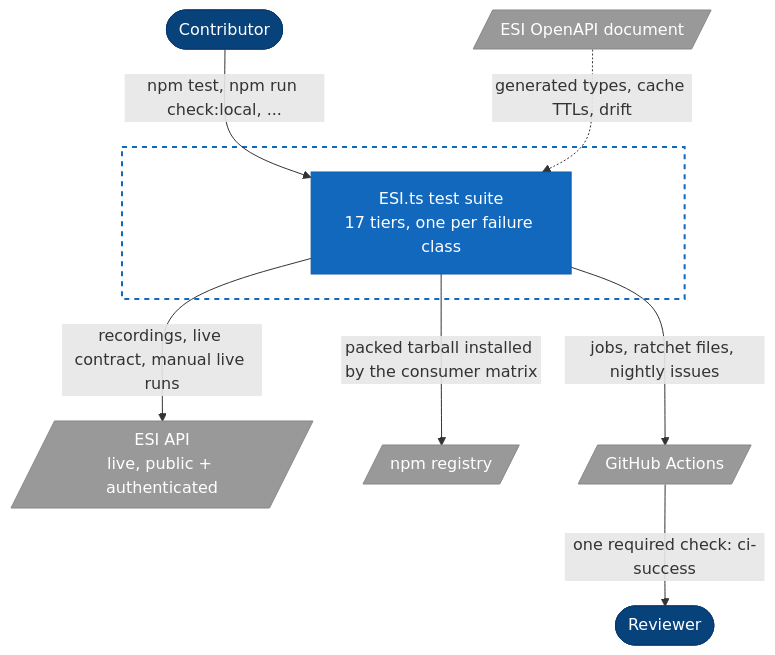
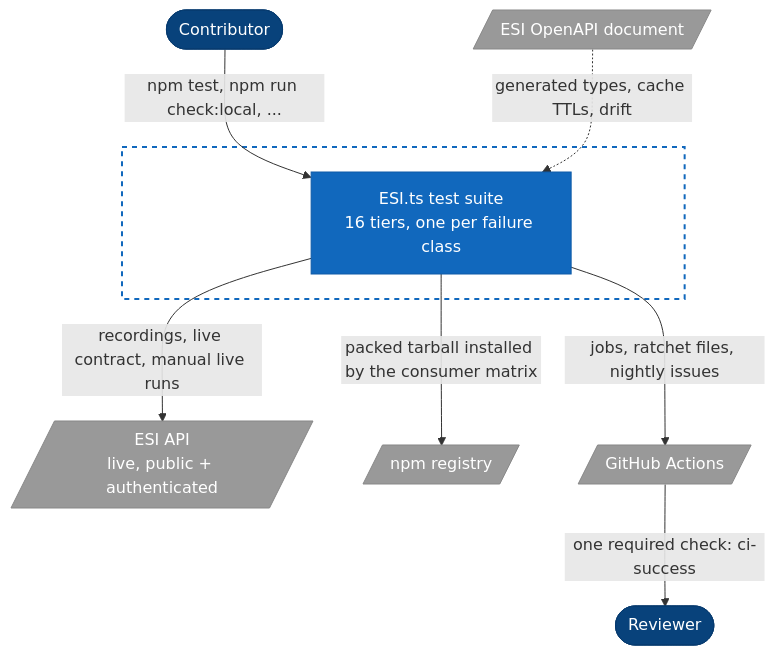
The first of 3 diagrams in guides/TESTING.md (lgriffin/ESI.ts), drawn with Mermaid before and after one commit. The commit also changed other lines of this file and 12 other files, not shown here.

First line of the commit message:
ci: remove the Schemathesis tier; live health fails when unconfigured (#773)

````diff
--- a/guides/TESTING.md
+++ b/guides/TESTING.md
@@ -106,30 +105,30 @@
 ```mermaid
 flowchart TB
     contributor(["Contributor"])
     reviewer(["Reviewer"])
 
     subgraph boundary [" "]
-        suite["ESI.ts test suite<br/>17 tiers, one per failure class"]
+        suite["ESI.ts test suite<br/>16 tiers, one per failure class"]
     end
 
     esi[/"ESI API<br/>live, public + authenticated"/]
     spec[/"ESI OpenAPI document"/]
     registry[/"npm registry"/]
     actions[/"GitHub Actions"/]
 
     contributor -- "npm test, npm run check:local, ..." --> suite
     suite -- "recordings, live contract, manual live runs" --> esi
     spec -. "generated types, cache TTLs, drift" .-> suite
     suite -- "packed tarball installed by the consumer matrix" --> registry
     suite -- "jobs, ratchet files, nightly issues" --> actions
     actions -- "one required check: ci-success" --> reviewer
 
     style contributor fill:#08427b,color:#fff,stroke:#073b6f
     style reviewer fill:#08427b,color:#fff,stroke:#073b6f
     style suite fill:#1168bd,color:#fff,stroke:#0e5aa7
     style esi fill:#999,color:#fff,stroke:#888
     style spec fill:#999,color:#fff,stroke:#888
     style registry fill:#999,color:#fff,stroke:#888
     style actions fill:#999,color:#fff,stroke:#888
     style boundary fill:none,stroke:#1168bd,stroke-width:2px,stroke-dasharray:5
 ```
````
